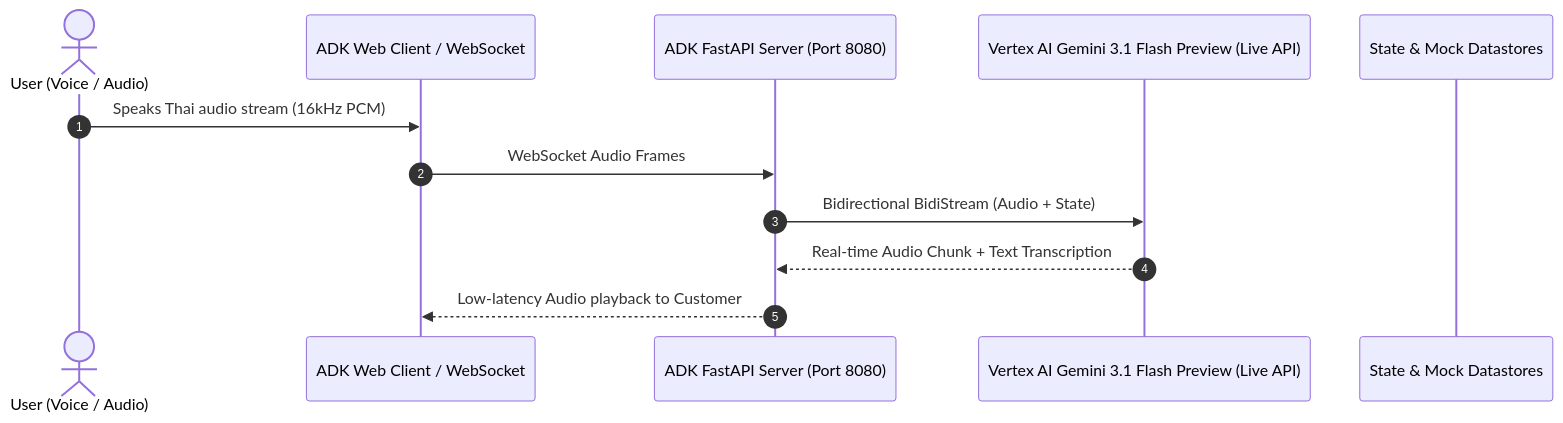
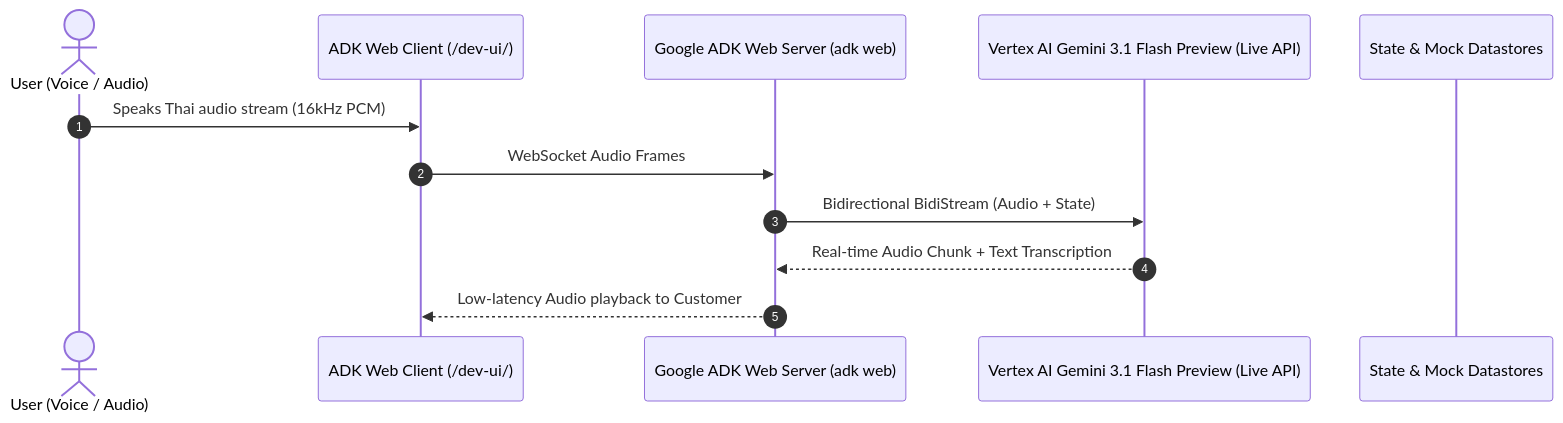
The diagram in specs/baseline/system-overview.md (pantana-na/gemini-live-bot), drawn with Mermaid before and after one commit. The commit also changed other lines of this file and 5 other files, not shown here.

Commit message:
docs: consolidate runtime to single ADK web server and update architecture designs

````diff
--- a/specs/baseline/system-overview.md
+++ b/specs/baseline/system-overview.md
@@ -54,15 +54,15 @@
 ```mermaid
 sequenceDiagram
     autonumber
     actor Customer as User (Voice / Audio)
-    participant Client as ADK Web Client / WebSocket
-    participant Server as ADK FastAPI Server (Port 8080)
+    participant Client as ADK Web Client (/dev-ui/)
+    participant Server as Google ADK Web Server (adk web)
     participant Model as Vertex AI Gemini 3.1 Flash Preview (Live API)
     participant Store as State & Mock Datastores
 
     Customer->>Client: Speaks Thai audio stream (16kHz PCM)
     Client->>Server: WebSocket Audio Frames
     Server->>Model: Bidirectional BidiStream (Audio + State)
     Model-->>Server: Real-time Audio Chunk + Text Transcription
     Server-->>Client: Low-latency Audio playback to Customer
 ```
````
